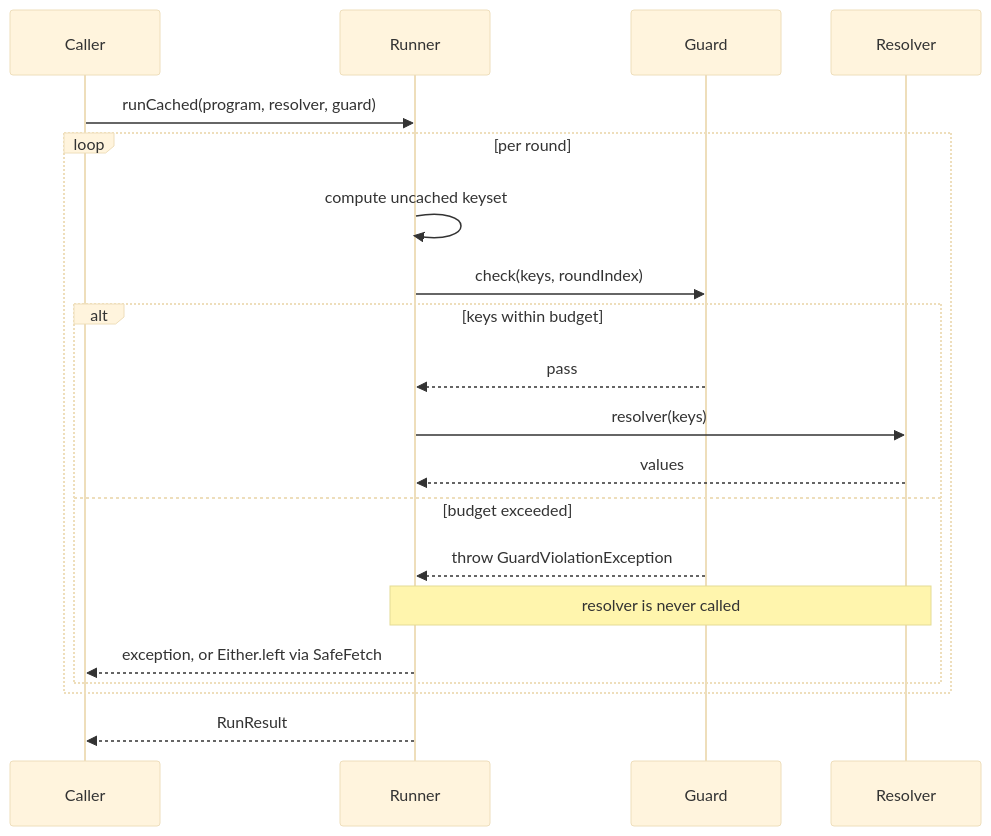
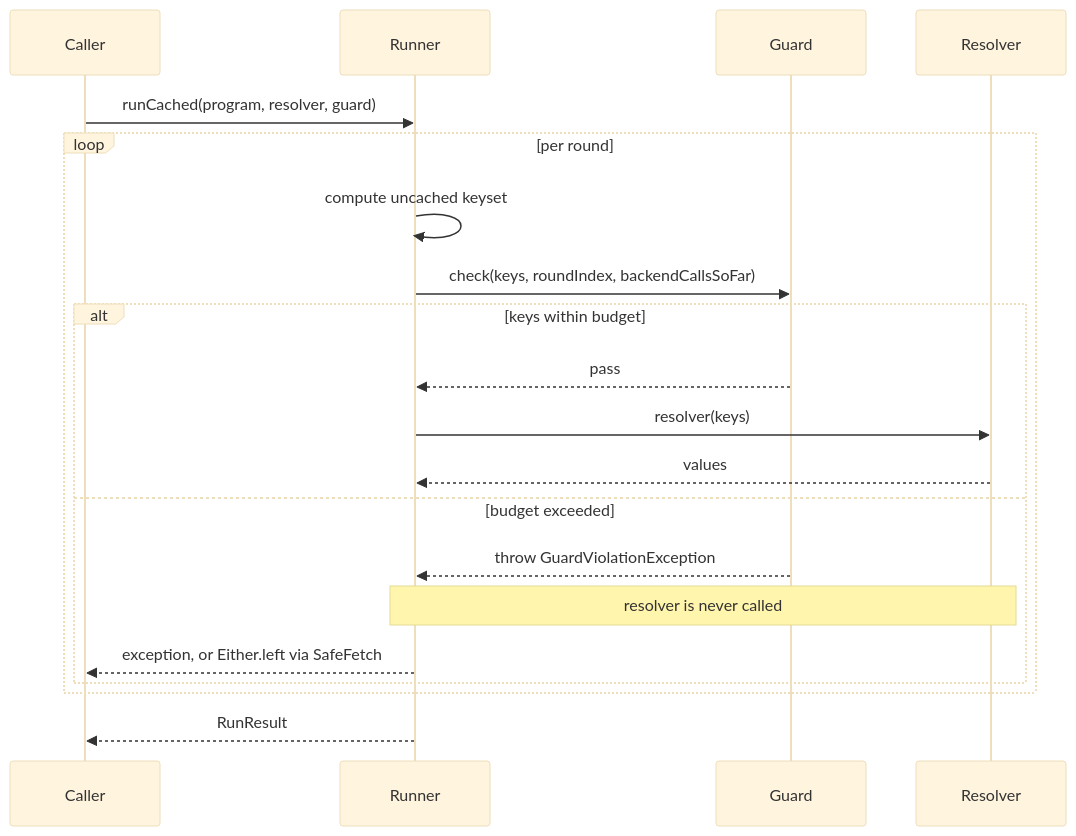
The second of 2 diagrams in hkj-book/src/optics/optic_batching_guardrails.md (higher-kinded-j/higher-kinded-j), drawn with Mermaid (base theme) before and after one commit. The commit also changed 6 other files, not shown here.

````diff
--- a/hkj-book/src/optics/optic_batching_guardrails.md
+++ b/hkj-book/src/optics/optic_batching_guardrails.md
@@ -88,23 +88,23 @@
 ```mermaid
 sequenceDiagram
     participant C as Caller
     participant R as Runner
     participant G as Guard
     participant B as Resolver
 
     C->>R: runCached(program, resolver, guard)
     loop per round
         R->>R: compute uncached keyset
-        R->>G: check(keys, roundIndex)
+        R->>G: check(keys, roundIndex, backendCallsSoFar)
         alt keys within budget
             G-->>R: pass
             R->>B: resolver(keys)
             B-->>R: values
         else budget exceeded
             G-->>R: throw GuardViolationException
             Note over R,B: resolver is never called
             R-->>C: exception, or Either.left via SafeFetch
         end
     end
     R-->>C: RunResult
 ```
````
